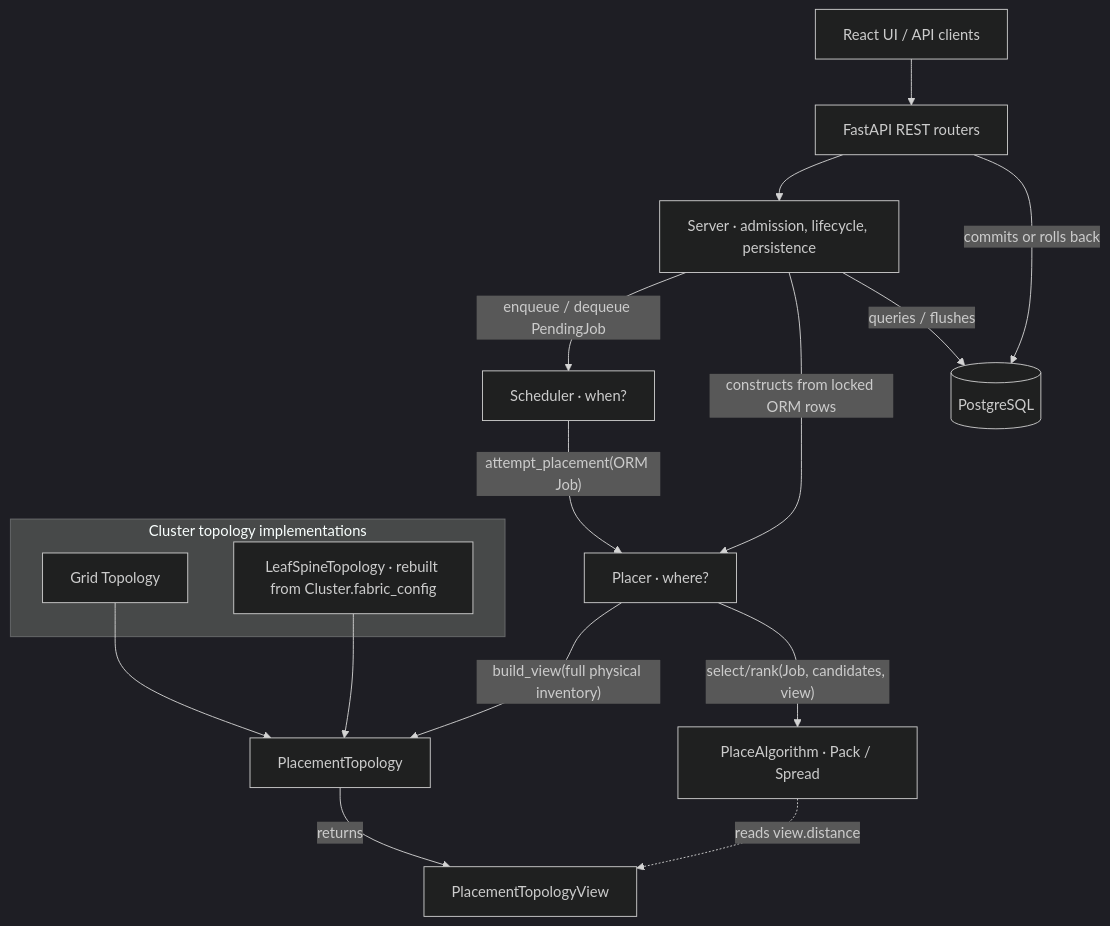
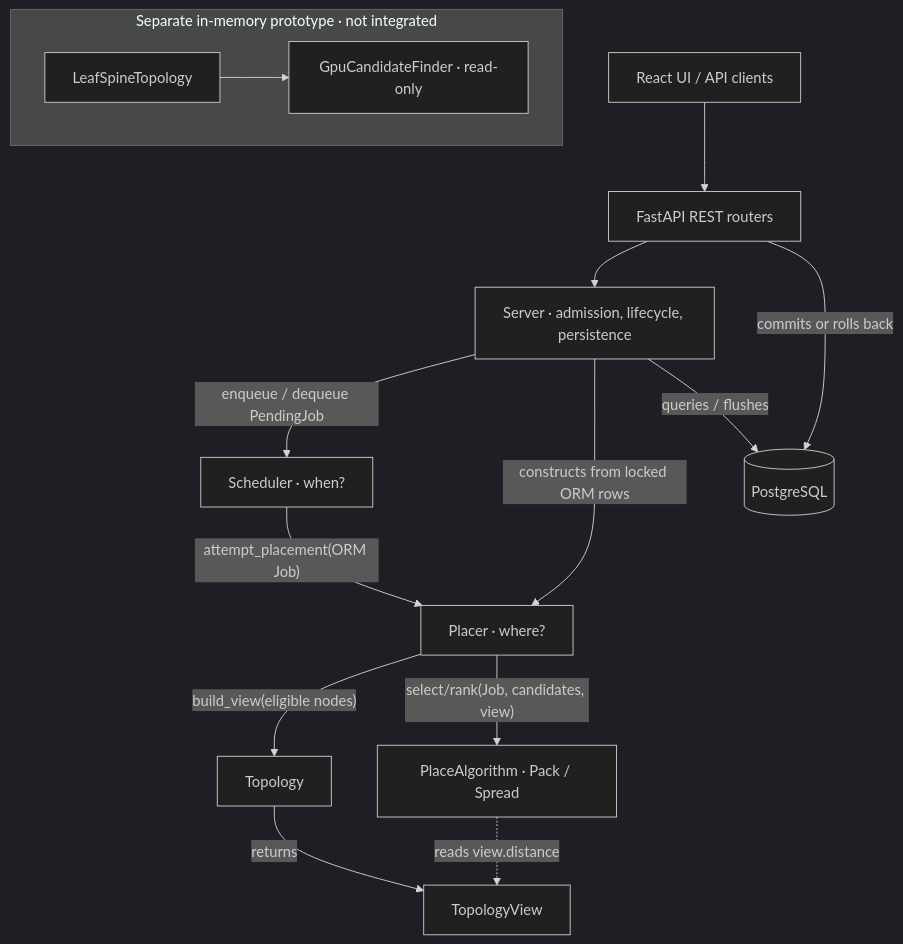
Before and after one commit to labo-man002/job-scheduler: the first of 4 diagrams in docs/architecture.md, drawn with Mermaid (dark theme). The commit also changed other lines of this file and 24 other files, not shown here.

Commit message:
Revert "Unify topology-aware placement and integrate Leaf-Spine"

````diff
--- a/docs/architecture.md
+++ b/docs/architecture.md
@@ -14,21 +13,18 @@
 ```mermaid
 flowchart TD
     UI["React UI / API clients"] --> API["FastAPI REST routers"]
     API --> S["Server · admission, lifecycle, persistence"]
     S -- "enqueue / dequeue PendingJob" --> Q["Scheduler · when?"]
     S -- "constructs from locked ORM rows" --> P["Placer · where?"]
     Q -- "attempt_placement(ORM Job)" --> P
-    P -- "build_view(full physical inventory)" --> T["PlacementTopology"]
-    T -- "returns" --> V["PlacementTopologyView"]
+    P -- "build_view(eligible nodes)" --> T["Topology"]
+    T -- "returns" --> V["TopologyView"]
     P -- "select/rank(Job, candidates, view)" --> ALG["PlaceAlgorithm · Pack / Spread"]
     ALG -. "reads view.distance" .-> V
     S -- "queries / flushes" --> DB[("PostgreSQL")]
     API -- "commits or rolls back" --> DB
 
-    subgraph FABRIC["Cluster topology implementations"]
-        G["Grid Topology"]
-        L["LeafSpineTopology · rebuilt from Cluster.fabric_config"]
+    subgraph FABRIC["Separate in-memory prototype · not integrated"]
+        L["LeafSpineTopology"] --> F["GpuCandidateFinder · read-only"]
     end
-    G --> T
-    L --> T
 ```
````
